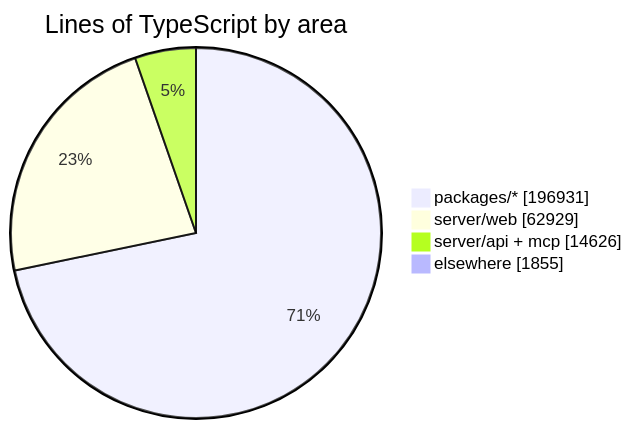
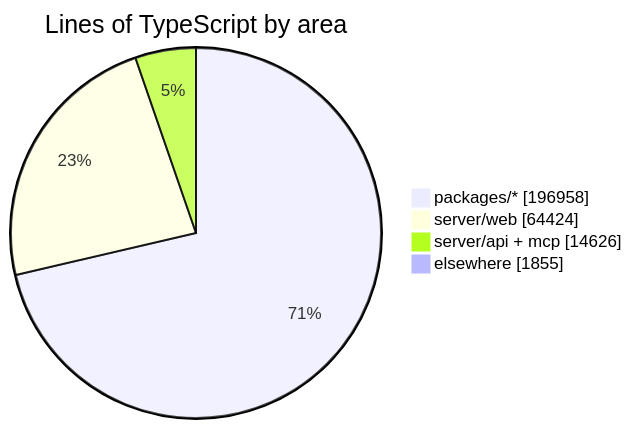
The diagram in README.md (crossworks-engineering/mantle), drawn with Mermaid before and after one commit. The commit also changed other lines of this file and 2 other files, not shown here.

````diff
--- a/README.md
+++ b/README.md
@@ -287,7 +287,7 @@
 ```mermaid
 pie showData title Lines of TypeScript by area
-    "packages/*" : 196931
-    "server/web" : 62929
+    "packages/*" : 196958
+    "server/web" : 64424
     "server/api + mcp" : 14626
     "elsewhere" : 1855
 ```
````
